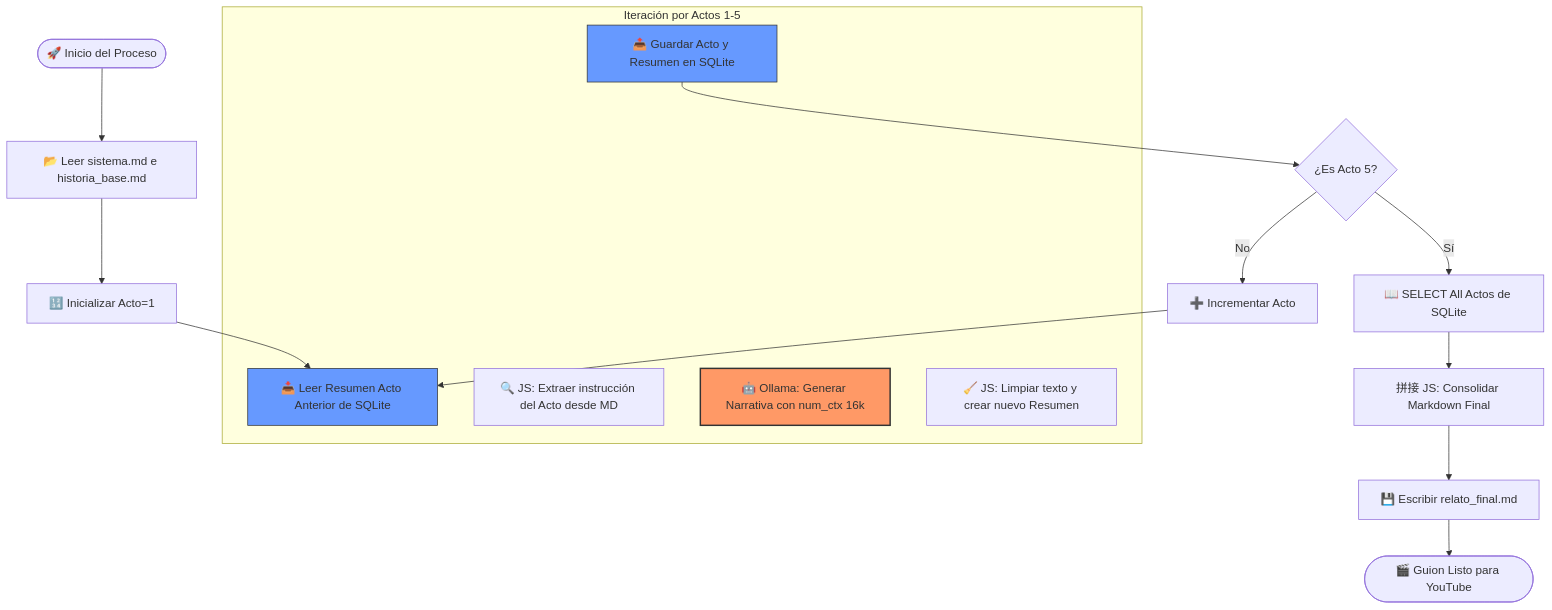
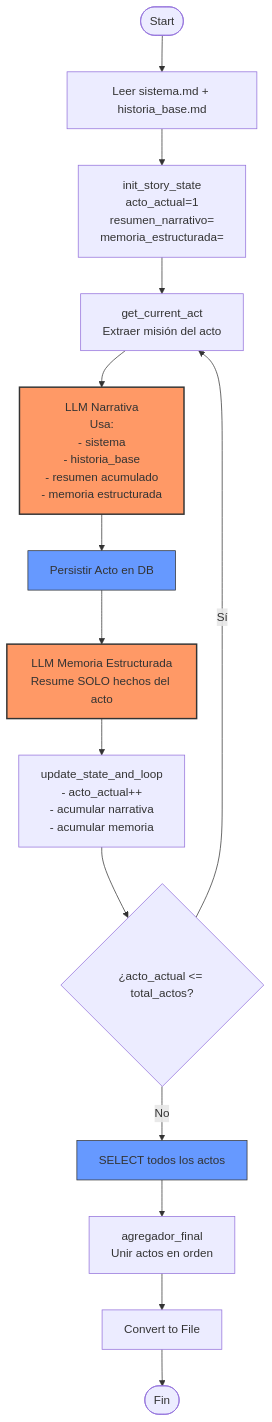
One commit to rledesma912/automated_narrative changed the diagram in README.md. Above: the diagram before and after it, drawn with Mermaid. The commit also changed other lines of this file and 9 other files, not shown here.

Commit message:
fix: flujo y generaciónj de relato para YT

````diff
--- a/README.md
+++ b/README.md
@@ -7,32 +30,31 @@
 ```mermaid
 graph TD
-    %% Inicio y Carga
-    Start([🚀 Inicio del Proceso]) --> LoadMD[📂 Leer sistema.md e historia_base.md]
-    LoadMD --> InitVar[🔢 Inicializar Acto=1]
 
-    %% Bucle de Generación
-    subgraph Bucle_Narrativo [Iteración por Actos 1-5]
-        DB_Read[📥 Leer Resumen Acto Anterior de SQLite]
-        JS_Extract[🔍 JS: Extraer instrucción del Acto desde MD]
-        Ollama[🤖 Ollama: Generar Narrativa con num_ctx 16k]
-        JS_Process[🧹 JS: Limpiar texto y crear nuevo Resumen]
-        DB_Write[📤 Guardar Acto y Resumen en SQLite]
-    end
+    %% Inicio
+    A([Start]) --> B[Leer sistema.md + historia_base.md]
+    B --> C[init_story_state<br/>acto_actual=1<br/>resumen_narrativo=""<br/>memoria_estructurada=""]
 
-    InitVar --> DB_Read
-    DB_Write --> CheckAct{¿Es Acto 5?}
-    CheckAct -- No --> NextAct[➕ Incrementar Acto]
-    NextAct --> DB_Read
+    %% Loop principal
+    C --> D[get_current_act<br/>Extraer misión del acto]
+    D --> E[LLM Narrativa<br/>Usa:<br/>- sistema<br/>- historia_base<br/>- resumen acumulado<br/>- memoria estructurada]
+    
+    E --> F[Persistir Acto en DB]
 
-    %% Finalización
-    CheckAct -- Sí --> DB_Full[📖 SELECT All Actos de SQLite]
-    DB_Full --> FinalJS[拼接 JS: Consolidar Markdown Final]
-    FinalJS --> SaveFile[💾 Escribir relato_final.md]
-    SaveFile --> End([🎬 Guion Listo para YouTube])
+    F --> G[LLM Memoria Estructurada<br/>Resume SOLO hechos del acto]
+    
+    G --> H[update_state_and_loop<br/>- acto_actual++<br/>- acumular narrativa<br/>- acumular memoria]
 
-    %% Estilo de colores
-    style Ollama fill:#f96,stroke:#333,stroke-width:2px
-    style DB_Read fill:#69f,stroke:#333
-    style DB_Write fill:#69f,stroke:#333
+    H --> I{¿acto_actual <= total_actos?}
 
+    I -- Sí --> D
+    I -- No --> J[SELECT todos los actos]
+    J --> K[agregador_final<br/>Unir actos en orden]
+    K --> L[Convert to File]
+    L --> M([Fin])
+
+    %% Estilos
+    style E fill:#f96,stroke:#333,stroke-width:2px
+    style G fill:#f96,stroke:#333,stroke-width:2px
+    style F fill:#69f,stroke:#333
+    style J fill:#69f,stroke:#333
 ```
````
